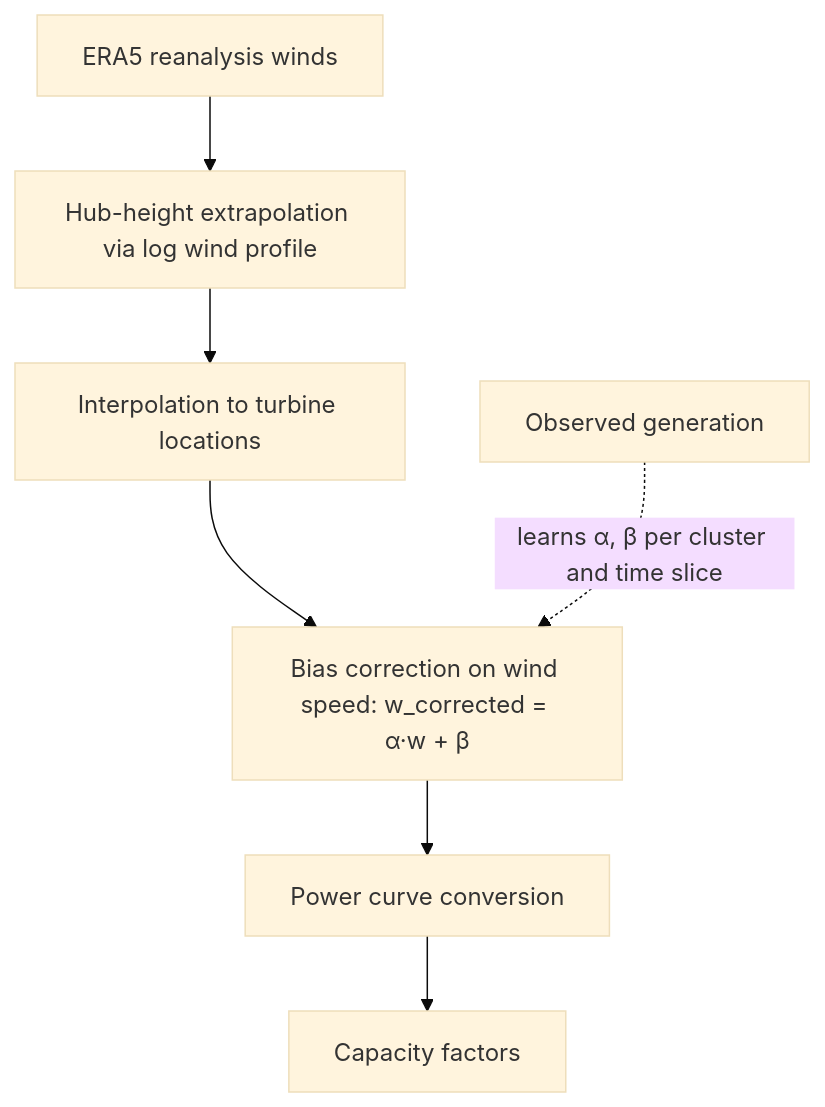
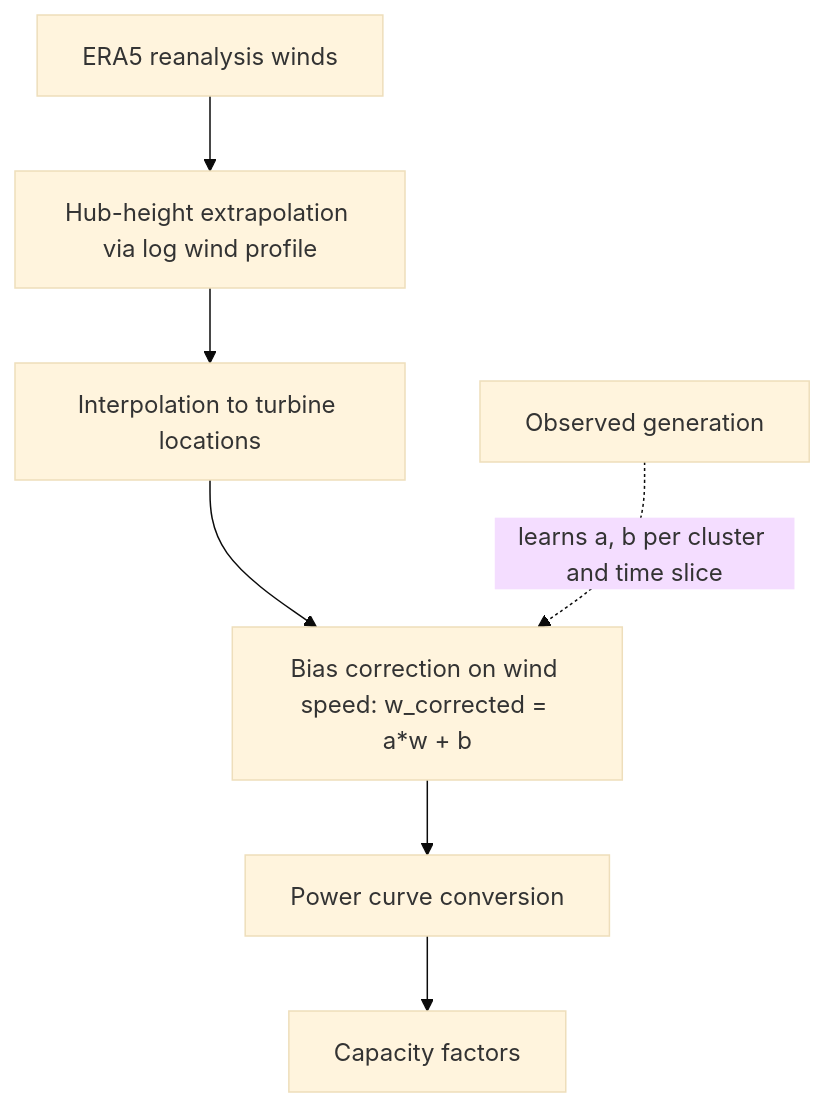
The diagram in README.md (ellyess/PyVWF), drawn with Mermaid (base theme) before and after one commit. The commit also changed other lines of this file and 17 other files, not shown here.

````diff
--- a/README.md
+++ b/README.md
@@ -52,9 +24,9 @@
 ```mermaid
 flowchart TD
     A[ERA5 reanalysis winds] --> B[Hub-height extrapolation via log wind profile]
     B --> C[Interpolation to turbine locations]
-    C --> D["Bias correction on wind speed: w_corrected = α·w + β"]
-    O[Observed generation] -. learns α, β per cluster and time slice .-> D
+    C --> D["Bias correction on wind speed: w_corrected = a*w + b"]
+    O[Observed generation] -. learns a, b per cluster and time slice .-> D
     D --> E[Power curve conversion]
     E --> F[Capacity factors]
 ```
````
